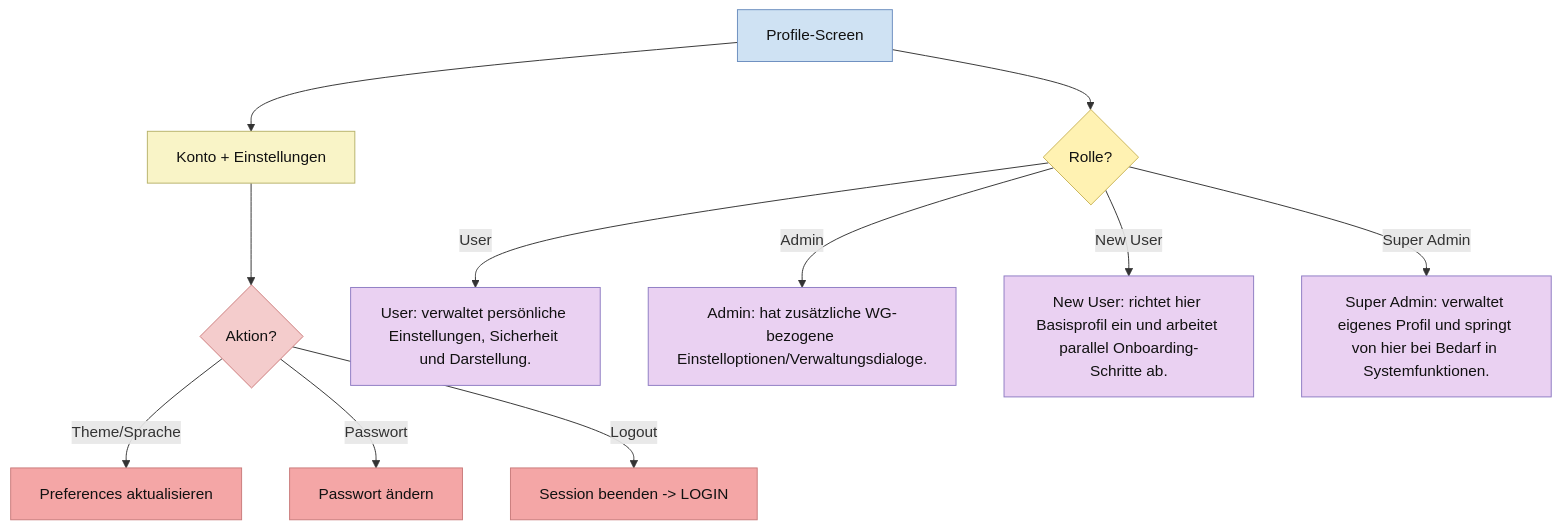
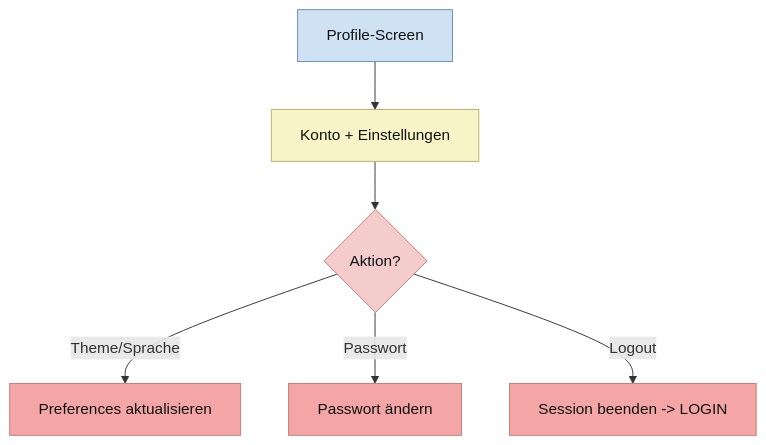
Diagram 17 of 27 in ABLAUFDIAGRAMM.md (Nejy190501/WGManager), drawn with Mermaid before and after one commit. The commit also changed other lines of this file, not shown here.

````diff
--- a/ABLAUFDIAGRAMM.md
+++ b/ABLAUFDIAGRAMM.md
@@ -864,34 +669,21 @@
 ```mermaid
 flowchart TD
     A["Profile-Screen"] --> B["Konto + Einstellungen"]
     B --> C{"Aktion?"}
     C -->|Theme/Sprache| D["Preferences aktualisieren"]
     C -->|Passwort| E["Passwort ändern"]
     C -->|Logout| F["Session beenden -> LOGIN"]
-
-
-    A --> RLQ{"Rolle?"}
-    RLU["User: verwaltet persönliche Einstellungen, Sicherheit und Darstellung."]
-    RLA["Admin: hat zusätzliche WG-bezogene Einstelloptionen/Verwaltungsdialoge."]
-    RLN["New User: richtet hier Basisprofil ein und arbeitet parallel Onboarding-Schritte ab."]
-    RLS["Super Admin: verwaltet eigenes Profil und springt von hier bei Bedarf in Systemfunktionen."]
-    RLQ -->|User| RLU
-    RLQ -->|Admin| RLA
-    RLQ -->|New User| RLN
-    RLQ -->|Super Admin| RLS
 
     classDef userAction fill:#ead1f2,stroke:#8e7cc3,color:#111;
     classDef systemAction fill:#f9f4c7,stroke:#b7b26a,color:#111;
     classDef userDecision fill:#f4cccc,stroke:#cc7a7a,color:#111;
     classDef systemDecision fill:#fff2b2,stroke:#c9b458,color:#111;
     classDef button fill:#f4a6a6,stroke:#c97b7b,color:#111;
     classDef userInput fill:#f8d7da,stroke:#d49aa2,color:#111;
     classDef screen fill:#cfe2f3,stroke:#6c8ebf,color:#111;
 
     class B systemAction;
     class C userDecision;
     class D,E,F button;
     class A screen;
-    class RLQ systemDecision;
-    class RLU,RLA,RLN,RLS userAction;
 ```
````
